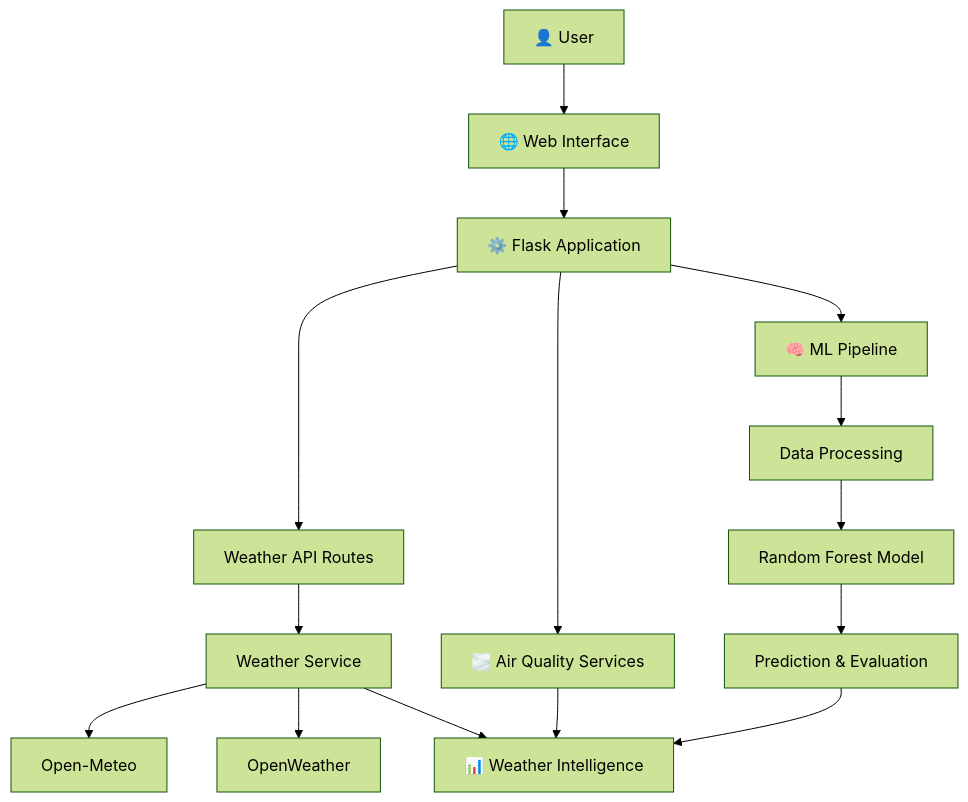
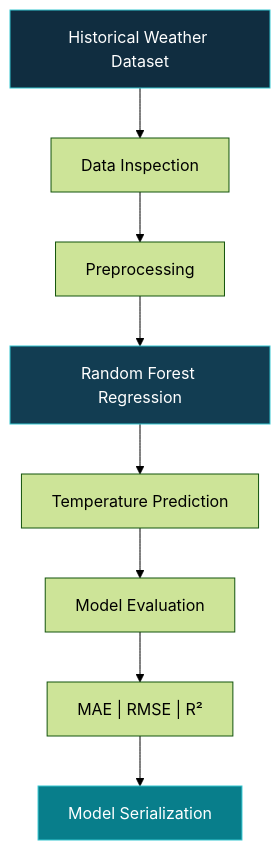
Before and after one commit to priyanshukumarverma091-hub/WeatherShield: the diagram in README.md, drawn with Mermaid (forest theme). The commit also changed other lines of this file, not shown here.

````diff
--- a/README.md
+++ b/README.md
@@ -79,22 +34,14 @@
 ```mermaid
 flowchart TD
-    A["👤 User"] --> B["🌐 Web Interface"]
-    B --> C["⚙️ Flask Application"]
-
-    C --> D["Weather API Routes"]
-    D --> E["Weather Service"]
-
-    E --> F["Open-Meteo"]
-    E --> G["OpenWeather"]
-
-    C --> H["🌫️ Air Quality Services"]
-    C --> I["🧠 ML Pipeline"]
-
-    I --> J["Data Processing"]
-    J --> K["Random Forest Model"]
-    K --> L["Prediction & Evaluation"]
-
-    E --> M["📊 Weather Intelligence"]
-    H --> M
-    L --> M
+    A["Historical Weather Dataset"] --> B["Data Inspection"]
+    B --> C["Preprocessing"]
+    C --> D["Random Forest Regression"]
+    D --> E["Temperature Prediction"]
+    E --> F["Model Evaluation"]
+    F --> G["MAE | RMSE | R²"]
+    G --> H["Model Serialization"]
+    
+    style A fill:#102D40,color:#fff,stroke:#35C6D0
+    style D fill:#123D52,color:#fff,stroke:#35C6D0
+    style H fill:#087E8B,color:#fff,stroke:#35C6D0
 ```
````
